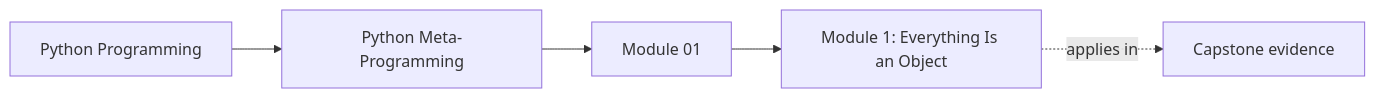
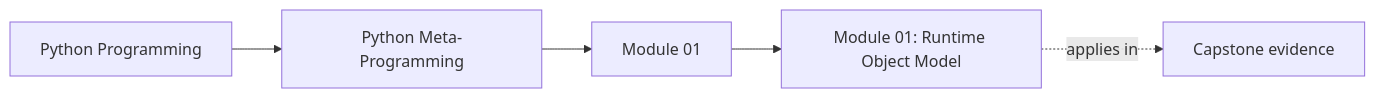
The first of 8 diagrams in programs/python-programming/python-meta-programming/course-book/module-01-runtime-object-model/index.md (bijux/bijux-masterclass), drawn with Mermaid before and after one commit. The commit also changed other lines of this file and 11 other files, not shown here.

````diff
--- a/programs/python-programming/python-meta-programming/course-book/module-01-runtime-object-model/index.md
+++ b/programs/python-programming/python-meta-programming/course-book/module-01-runtime-object-model/index.md
@@ -8,11 +8,11 @@
 ```mermaid
 graph LR
   family["Python Programming"]
   program["Python Meta-Programming"]
   section["Module 01"]
-  page["Module 1: Everything Is an Object"]
+  page["Module 01: Runtime Object Model"]
   capstone["Capstone evidence"]
 
   family --> program --> section --> page
   page -.applies in.-> capstone
 ```
````
